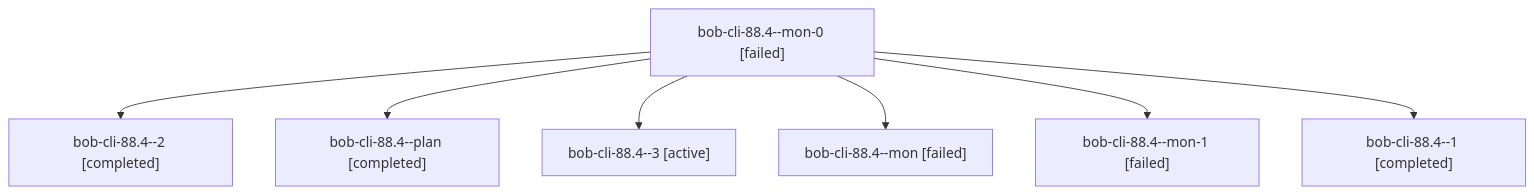
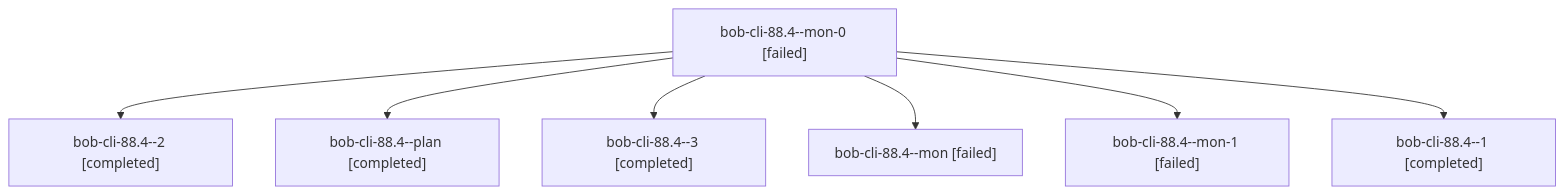
One commit to bobs-org/bob-cli--agents changed the diagram in sessions/bbugyi200.athena.bob-cli-88.4.md. Above: the diagram before and after it, drawn with Mermaid. The commit also changed other lines of this file and 64 other files, not shown here.

````diff
--- a/sessions/bbugyi200.athena.bob-cli-88.4.md
+++ b/sessions/bbugyi200.athena.bob-cli-88.4.md
@@ -9,16 +9,16 @@
 ```mermaid
 flowchart TD
   n0["bob-cli-88.4--mon-0 [failed]"]
   n1["bob-cli-88.4--2 [completed]"]
   n0 --> n1
   n2["bob-cli-88.4--plan [completed]"]
   n0 --> n2
-  n3["bob-cli-88.4--3 [active]"]
+  n3["bob-cli-88.4--3 [completed]"]
   n0 --> n3
   n4["bob-cli-88.4--mon [failed]"]
   n0 --> n4
   n5["bob-cli-88.4--mon-1 [failed]"]
   n0 --> n5
   n6["bob-cli-88.4--1 [completed]"]
   n0 --> n6
 ```
````
